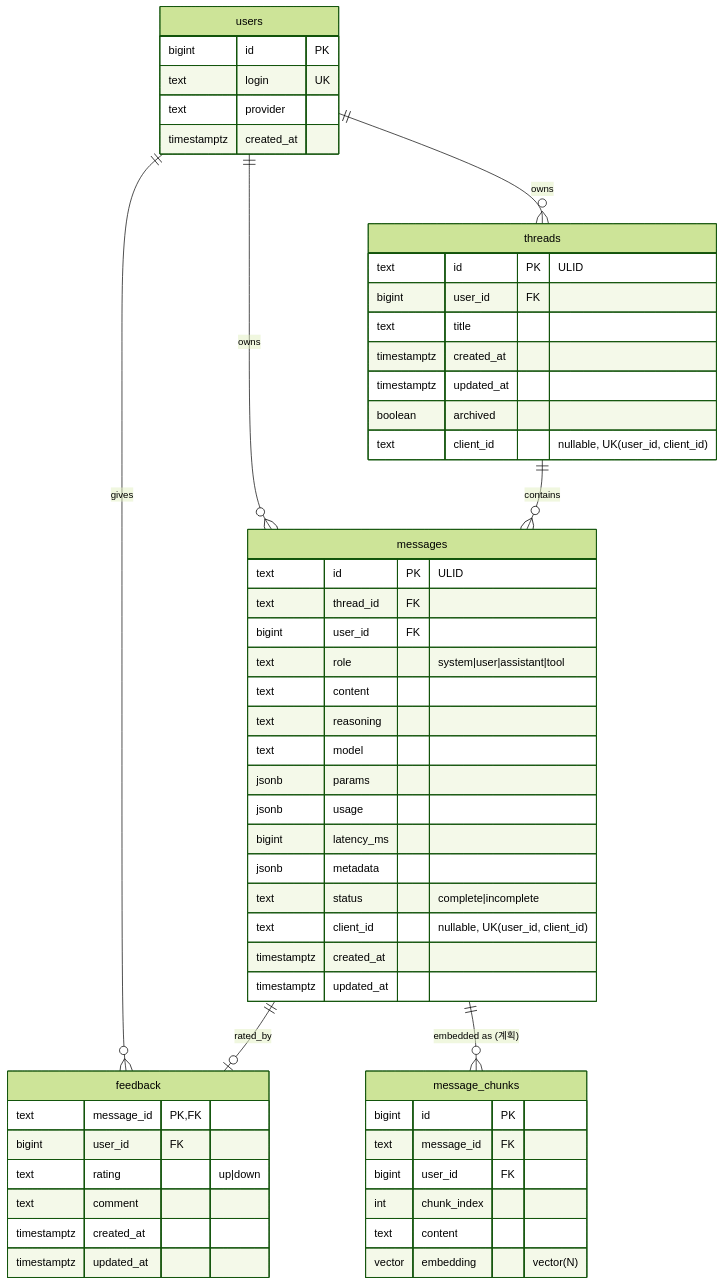
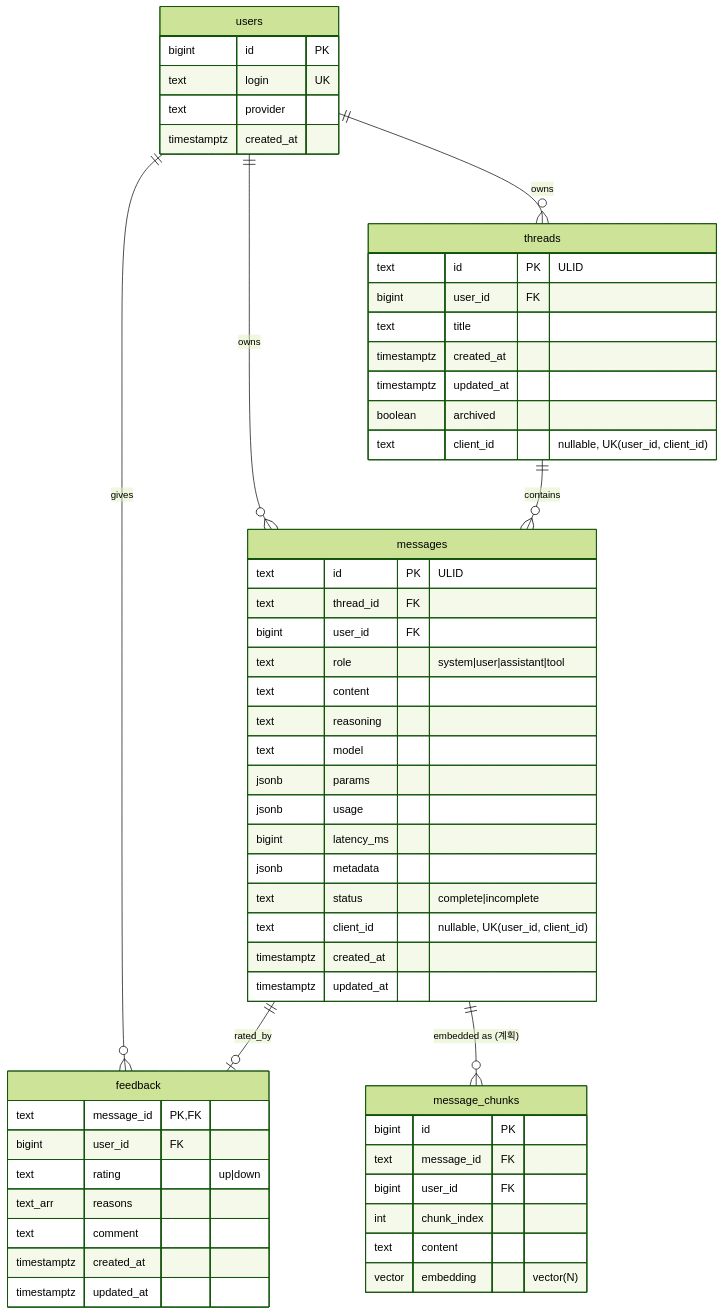
Before and after one commit to gun025bba/eve-serving: the diagram in docs/db-model.md, drawn with Mermaid (forest theme). The commit also changed other lines of this file and 11 other files, not shown here.

````diff
--- a/docs/db-model.md
+++ b/docs/db-model.md
@@ -19,58 +19,59 @@
 ```mermaid
 erDiagram
     users ||--o{ threads : owns
     users ||--o{ messages : owns
     users ||--o{ feedback : gives
     threads ||--o{ messages : contains
     messages ||--o| feedback : rated_by
     messages ||--o{ message_chunks : "embedded as (계획)"
 
     users {
         bigint id PK
         text login UK
         text provider
         timestamptz created_at
     }
     threads {
         text id PK "ULID"
         bigint user_id FK
         text title
         timestamptz created_at
         timestamptz updated_at
         boolean archived
         text client_id "nullable, UK(user_id, client_id)"
     }
     messages {
         text id PK "ULID"
         text thread_id FK
         bigint user_id FK
         text role "system|user|assistant|tool"
         text content
         text reasoning
         text model
         jsonb params
         jsonb usage
         bigint latency_ms
         jsonb metadata
         text status "complete|incomplete"
         text client_id "nullable, UK(user_id, client_id)"
         timestamptz created_at
         timestamptz updated_at
     }
     feedback {
         text message_id PK,FK
         bigint user_id FK
         text rating "up|down"
+        text_arr reasons
         text comment
         timestamptz created_at
         timestamptz updated_at
     }
     message_chunks {
         bigint id PK
         text message_id FK
         bigint user_id FK
         int chunk_index
         text content
         vector embedding "vector(N)"
     }
 ```
````
